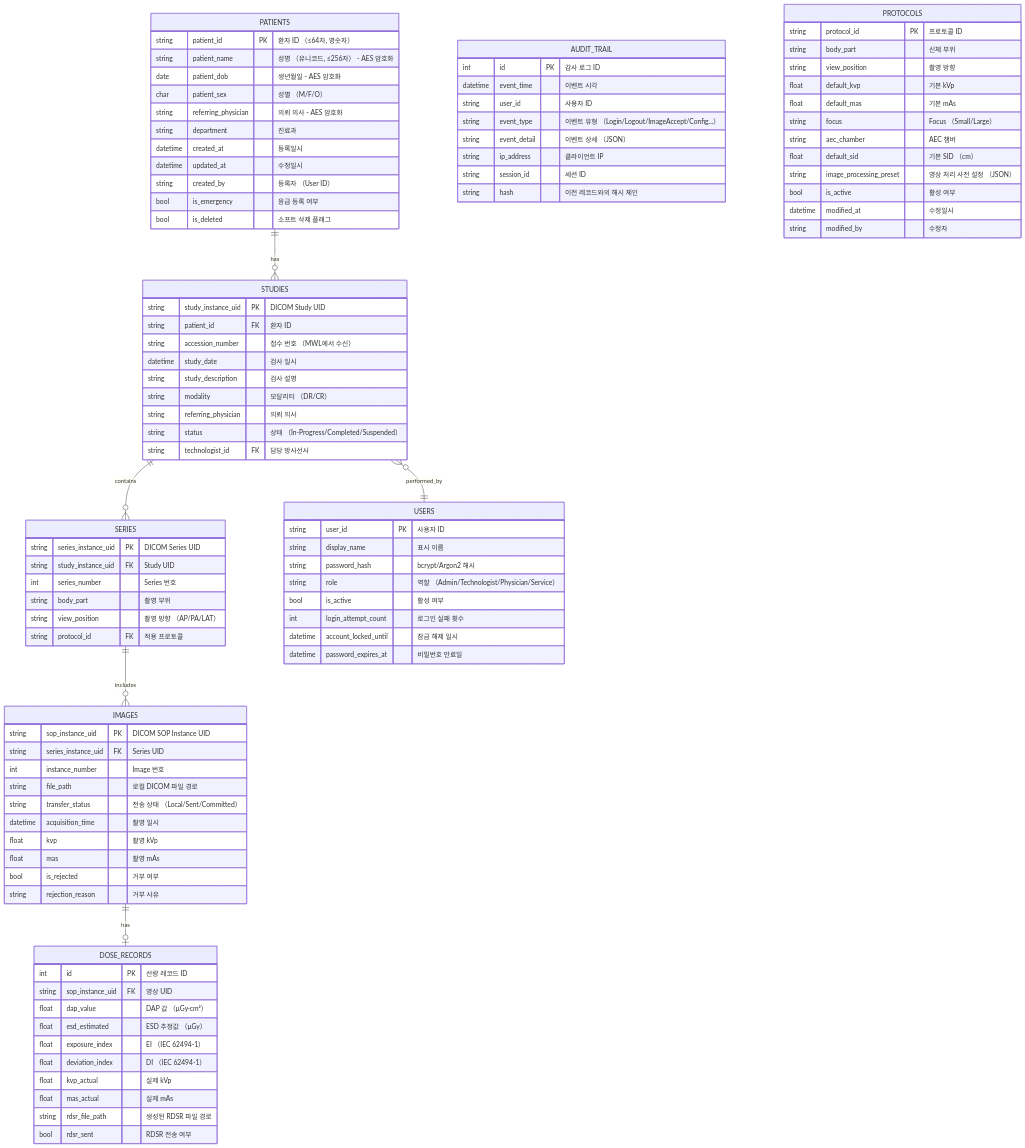
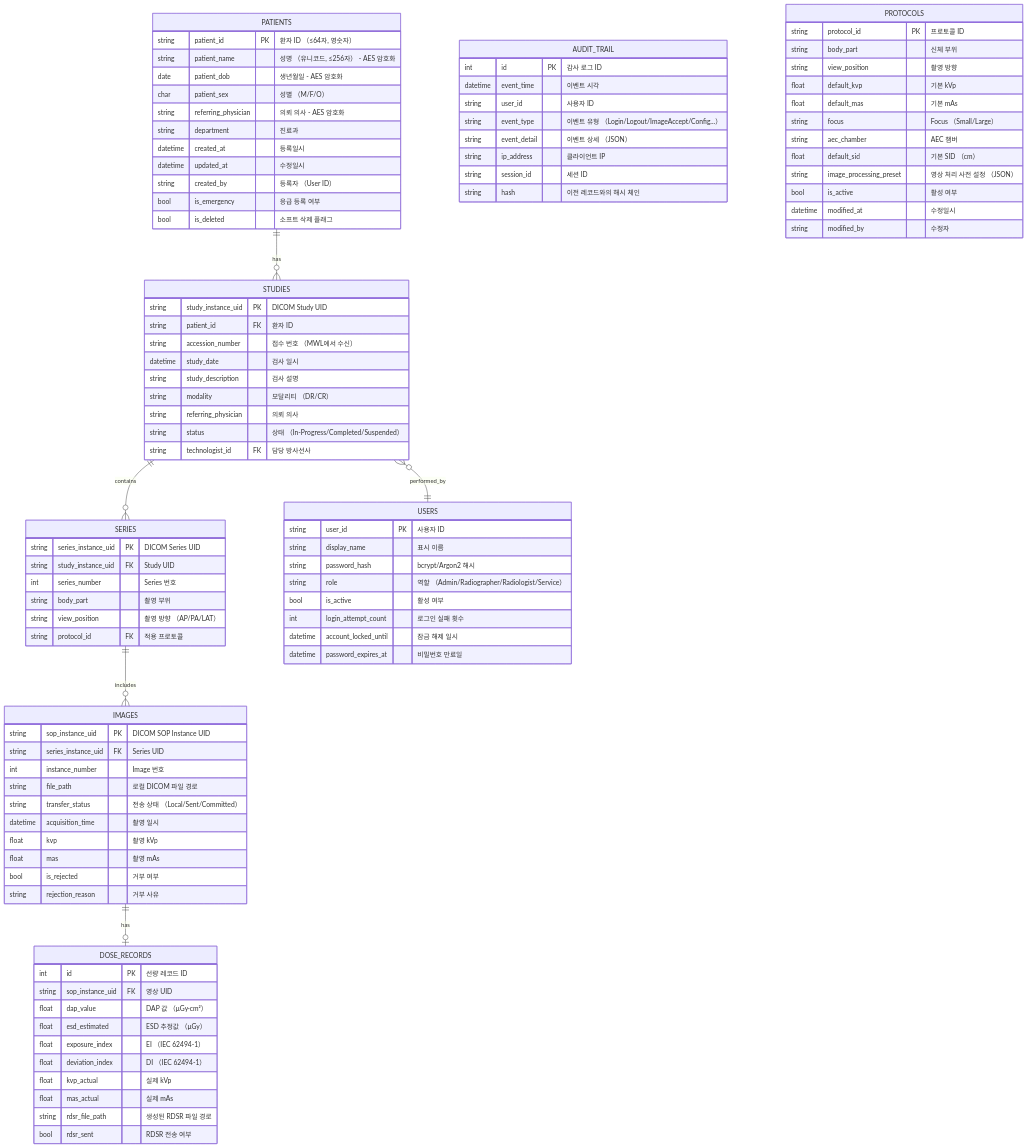
One commit to holee9/console-gui changed the sixth of 8 diagrams in docs/planning/DOC-004_FRS_v2.0.md. Above: the diagram before and after it, drawn with Mermaid. The commit also changed other lines of this file and 9 other files, not shown here.

```diff
--- a/docs/planning/DOC-004_FRS_v2.0.md
+++ b/docs/planning/DOC-004_FRS_v2.0.md
@@ -894,7 +894,7 @@
         string user_id PK "사용자 ID"
         string display_name "표시 이름"
         string password_hash "bcrypt/Argon2 해시"
-        string role "역할 （Admin/Technologist/Physician/Service）"
+        string role "역할 （Admin/Radiographer/Radiologist/Service）"
         bool is_active "활성 여부"
         int login_attempt_count "로그인 실패 횟수"
         datetime account_locked_until "잠금 해제 일시"
```
